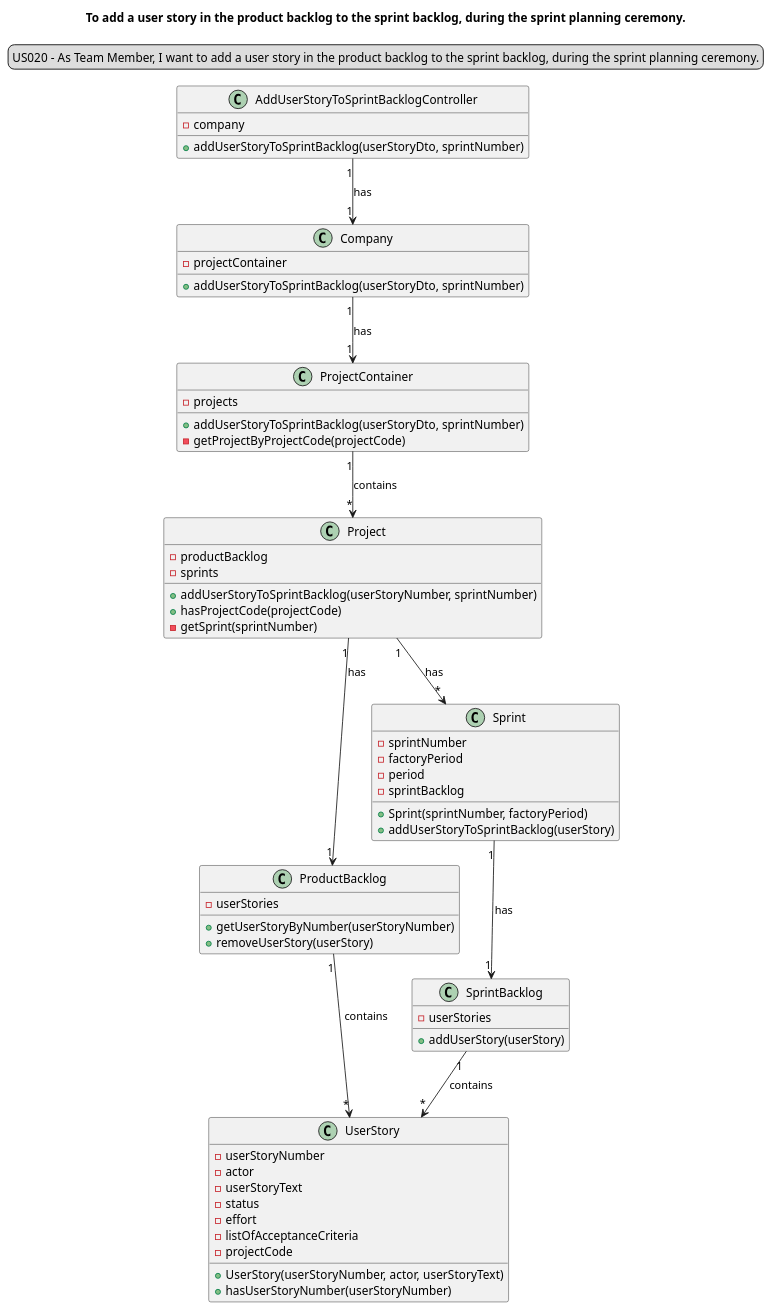
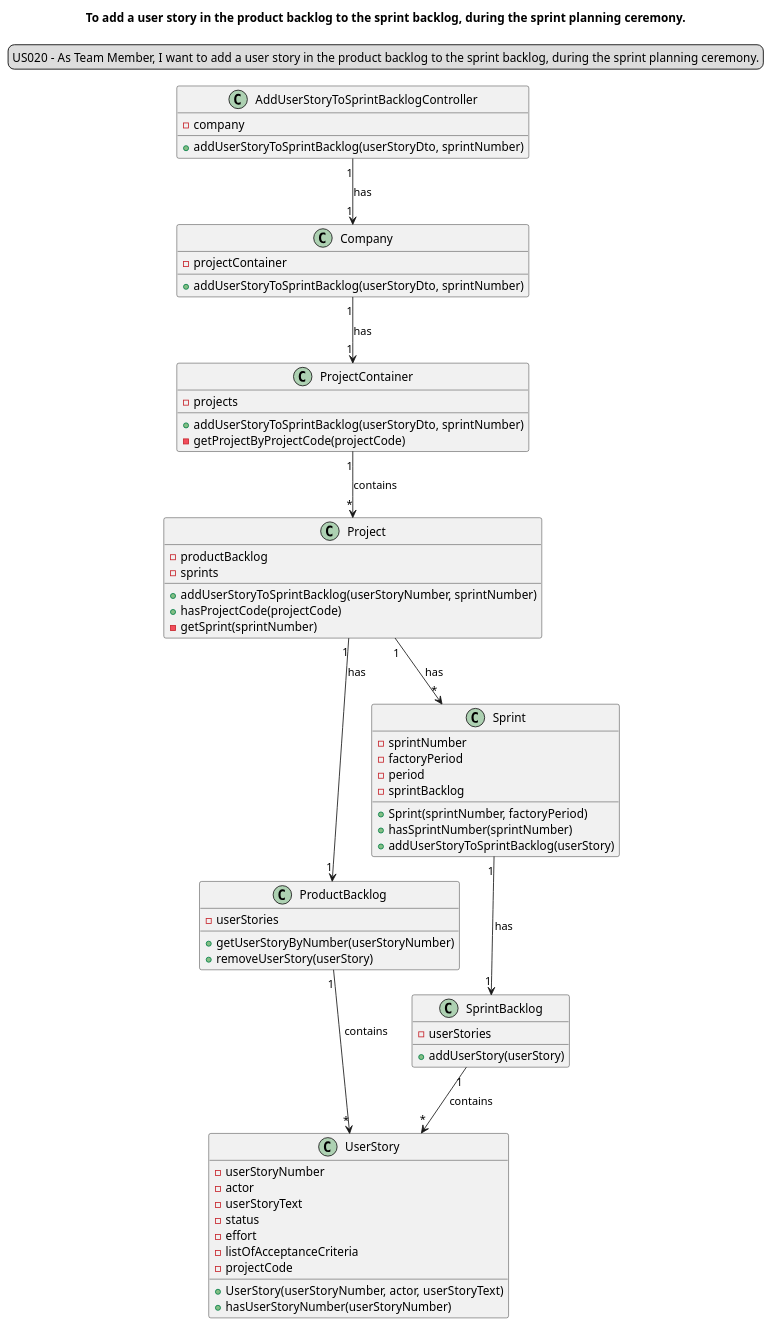
The diagram in docs/modelling_design/user_stories/sprint03/us020/US020_classDiagram.puml (Loracline/project_switch_22-23), drawn with PlantUML before and after one commit. The commit also changed 2 other files, not shown here.

Commit message:
US20: Development : added tests for method addUserStoryToSprintBacklog from the Sprint class (reintroduction after a remove from a git merge). Update of Class Diagram. references #85 and references #103

```diff
--- a/docs/modelling_design/user_stories/sprint03/us020/US020_classDiagram.puml
+++ b/docs/modelling_design/user_stories/sprint03/us020/US020_classDiagram.puml
@@ -1,74 +1,75 @@
 @startuml
 'https://plantuml.com/sequence-diagram
 legend top
 US020 - As Team Member, I want to add a user story in the product backlog to the sprint backlog, during the sprint planning ceremony.
 end legend
 skinparam sequenceMessageAlign center
 title  To add a user story in the product backlog to the sprint backlog, during the sprint planning ceremony.
 
 class "AddUserStoryToSprintBacklogController" {
 - company
 + addUserStoryToSprintBacklog(userStoryDto, sprintNumber)
 }
 
 class "Company" {
 - projectContainer
 + addUserStoryToSprintBacklog(userStoryDto, sprintNumber)
 }
 class "ProjectContainer" {
 - projects
 + addUserStoryToSprintBacklog(userStoryDto, sprintNumber)
 - getProjectByProjectCode(projectCode)
 
 }
 
 class "Project"{
 - productBacklog
 - sprints
 + addUserStoryToSprintBacklog(userStoryNumber, sprintNumber)
 + hasProjectCode(projectCode)
 - getSprint(sprintNumber)
 }
 
 class "ProductBacklog" {
 - userStories
 + getUserStoryByNumber(userStoryNumber)
 + removeUserStory(userStory)
 }
 
 class "UserStory"{
 - userStoryNumber
 - actor
 - userStoryText
 - status
 - effort
 - listOfAcceptanceCriteria
 - projectCode
 + UserStory(userStoryNumber, actor, userStoryText)
 + hasUserStoryNumber(userStoryNumber)
 }
 
 class "Sprint"{
 - sprintNumber
 - factoryPeriod
 - period
 - sprintBacklog
 + Sprint(sprintNumber, factoryPeriod)
++ hasSprintNumber(sprintNumber)
 + addUserStoryToSprintBacklog(userStory)
 }
 
 class "SprintBacklog" {
 - userStories
 +addUserStory(userStory)
 }
 
 "AddUserStoryToSprintBacklogController" "1"-->"1" "Company": has
 "Company" "1"--> "1" "ProjectContainer": has
 "ProjectContainer" "1"-->"*" "Project": contains
 "Project" "1" -->"1" "ProductBacklog": has
 "Project" "1" -->"*" "Sprint": has
 "Sprint" "1" --> "1" "SprintBacklog": has
 "SprintBacklog" "1" --> "*" UserStory: contains
 "ProductBacklog" "1" --> "*" "UserStory" : contains
 
 @enduml
```
